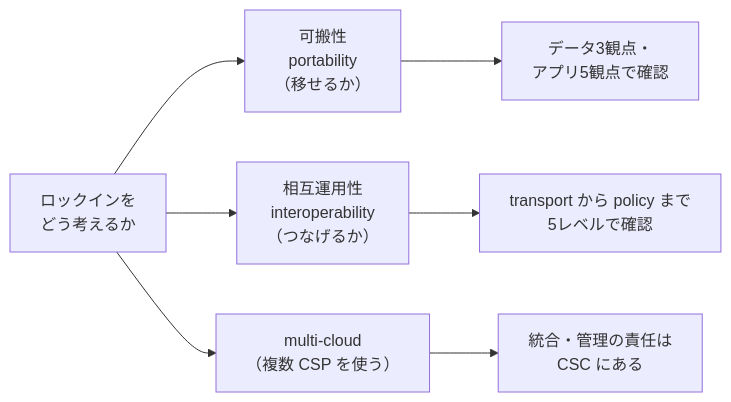
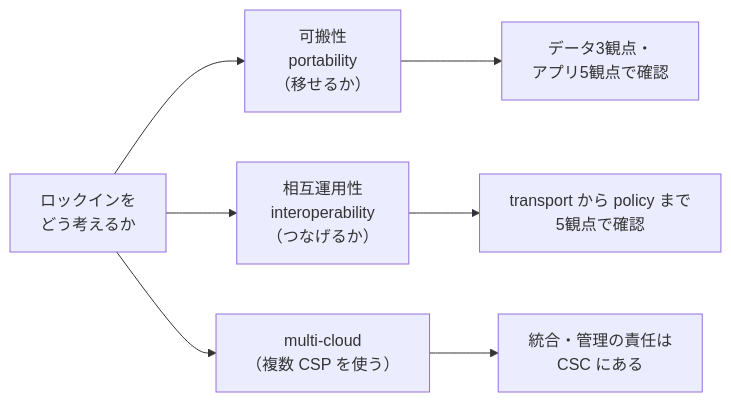
Before and after one commit to myoshi2891/Cloud-Infrastructure-and-Network-Studies: diagram 15 of 15 in Iso-iec-22123-1-2023-guide.md, drawn with Mermaid. The commit also changed other lines of this file, not shown here.

````diff
--- a/Iso-iec-22123-1-2023-guide.md
+++ b/Iso-iec-22123-1-2023-guide.md
@@ -732,9 +732,9 @@
 ```mermaid
 flowchart LR
     LI["ロックインを<br/>どう考えるか"] --> PORT["可搬性<br/>portability<br/>（移せるか）"]
     LI --> INTER["相互運用性<br/>interoperability<br/>（つなげるか）"]
     LI --> MULTI["multi-cloud<br/>（複数 CSP を使う）"]
     PORT --> P1["データ3観点・<br/>アプリ5観点で確認"]
-    INTER --> I1["transport から policy まで<br/>5レベルで確認"]
+    INTER --> I1["transport から policy まで<br/>5観点で確認"]
     MULTI --> M1["統合・管理の責任は<br/>CSC にある"]
 ```
````
